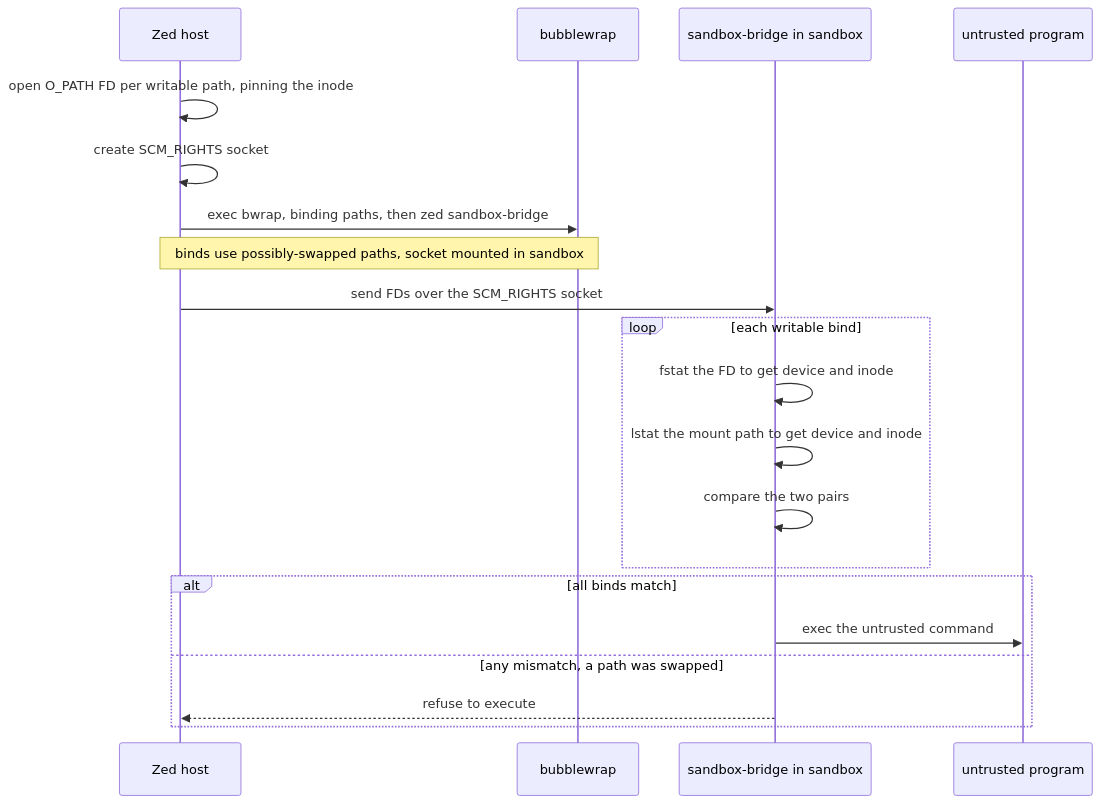
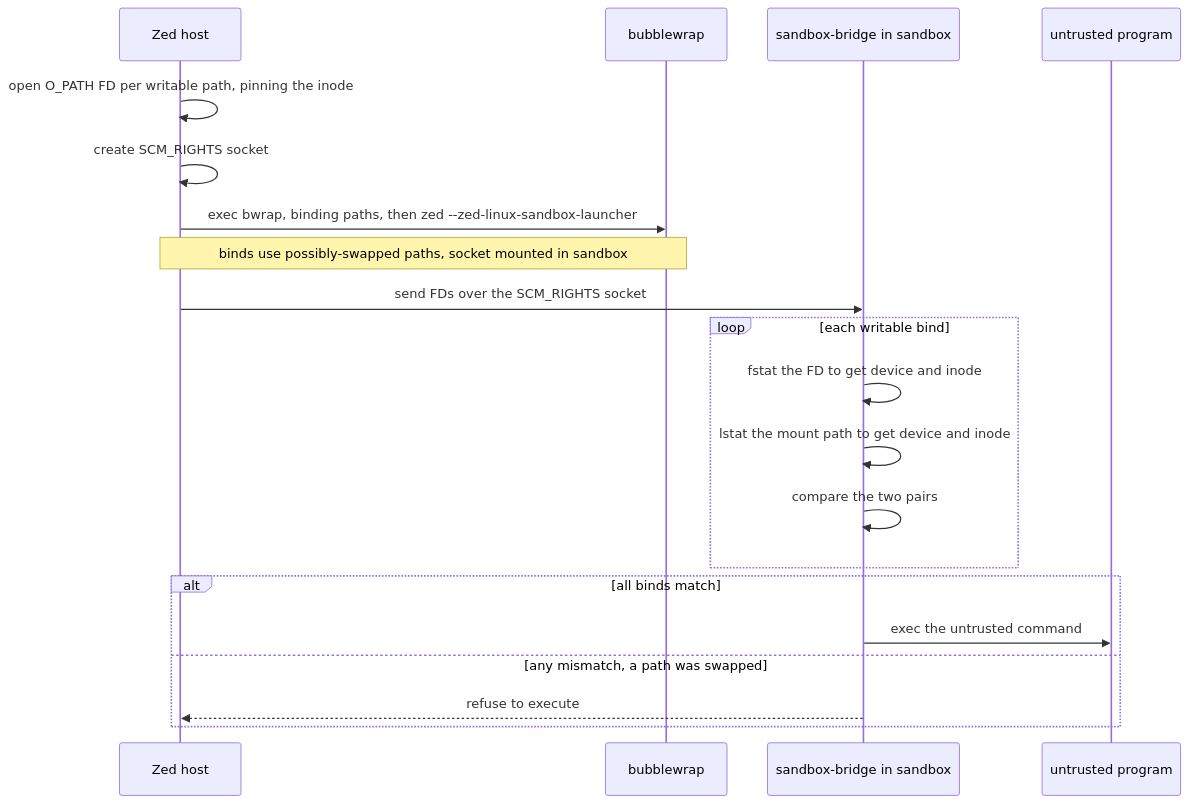
The second of 2 diagrams in crates/sandbox/README.md (zed-industries/zed), drawn with Mermaid before and after one commit. The commit also changed other lines of this file and 1 other file, not shown here.

Commit message:
clean up flag names

````diff
--- a/crates/sandbox/README.md
+++ b/crates/sandbox/README.md
@@ -196,23 +196,23 @@
 ```mermaid
 sequenceDiagram
     participant Zed as Zed host
     participant BW as bubblewrap
     participant Bridge as sandbox-bridge in sandbox
     participant Prog as untrusted program
 
     Zed->>Zed: open O_PATH FD per writable path, pinning the inode
     Zed->>Zed: create SCM_RIGHTS socket
-    Zed->>BW: exec bwrap, binding paths, then zed sandbox-bridge
+    Zed->>BW: exec bwrap, binding paths, then zed --zed-linux-sandbox-launcher
     Note over Zed,BW: binds use possibly-swapped paths, socket mounted in sandbox
     Zed->>Bridge: send FDs over the SCM_RIGHTS socket
     loop each writable bind
         Bridge->>Bridge: fstat the FD to get device and inode
         Bridge->>Bridge: lstat the mount path to get device and inode
         Bridge->>Bridge: compare the two pairs
     end
     alt all binds match
         Bridge->>Prog: exec the untrusted command
     else any mismatch, a path was swapped
         Bridge-->>Zed: refuse to execute
     end
 ```
````
